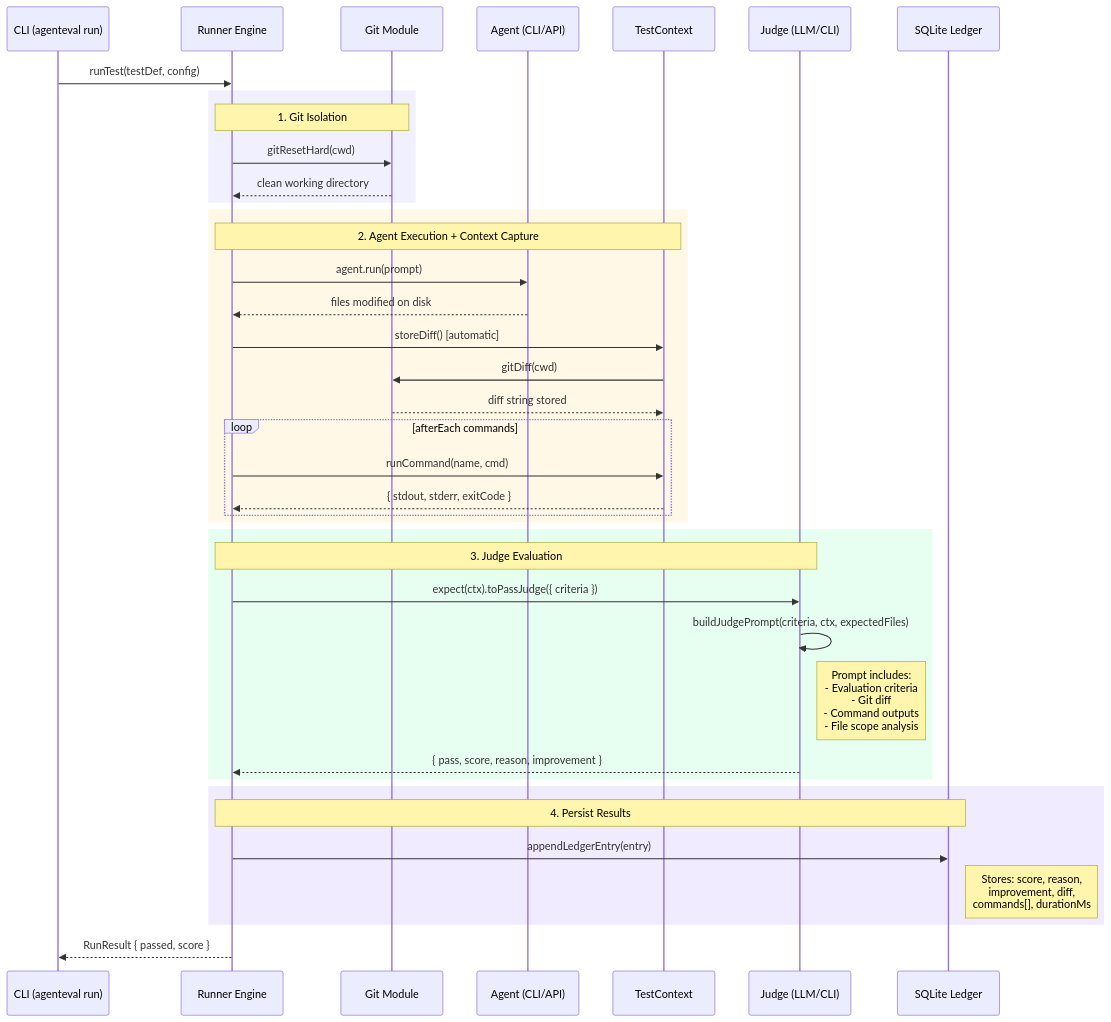
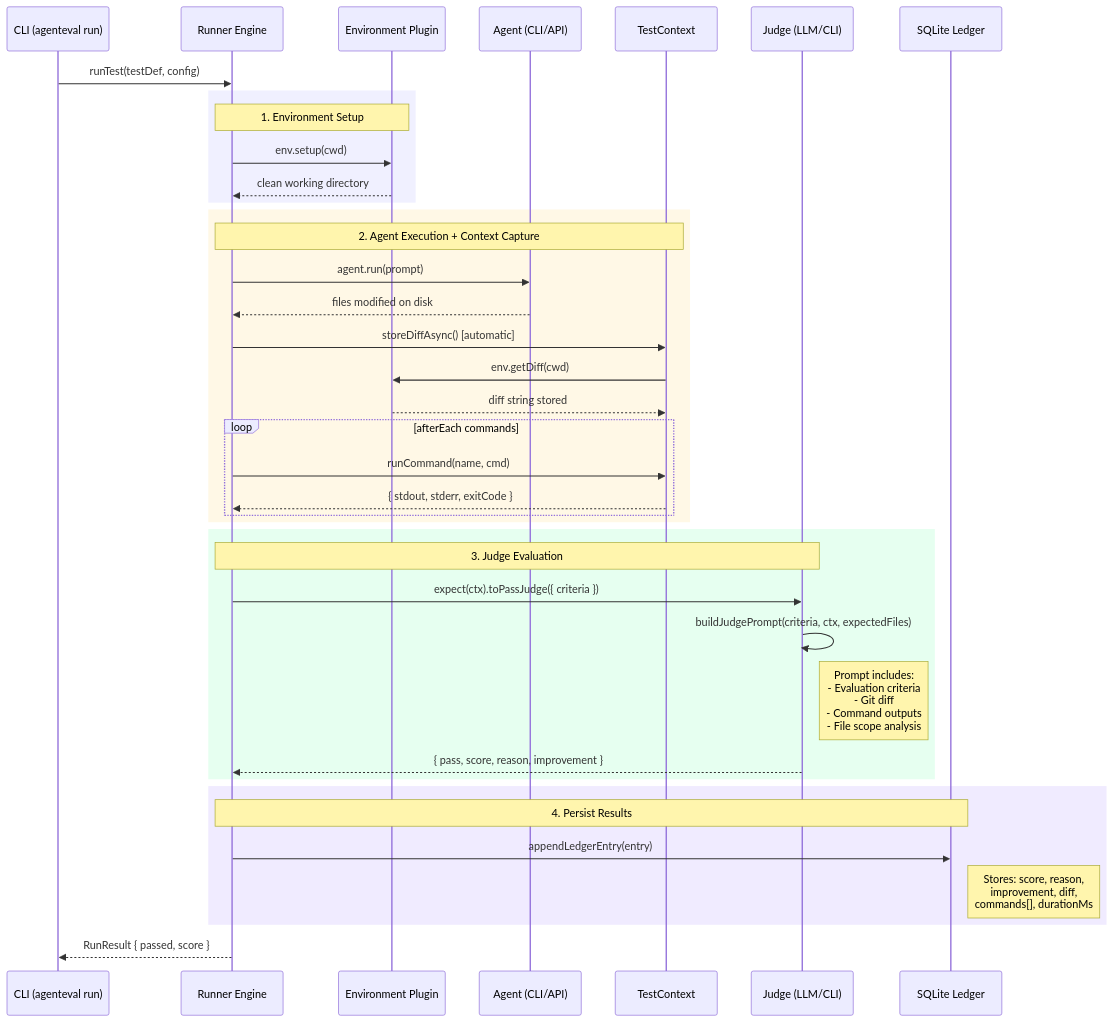
One commit to Tlahey/agent-eval changed the third of 5 diagrams in apps/docs/guide/architecture.md. Above: the diagram before and after it, drawn with Mermaid. The commit also changed other lines of this file and 10 other files, not shown here.

````diff
--- a/apps/docs/guide/architecture.md
+++ b/apps/docs/guide/architecture.md
@@ -157,48 +157,48 @@
 ```mermaid
 sequenceDiagram
     participant CLI as CLI (agenteval run)
     participant Runner as Runner Engine
-    participant Git as Git Module
+    participant Git as Environment Plugin
     participant Agent as Agent (CLI/API)
     participant Ctx as TestContext
     participant Judge as Judge (LLM/CLI)
     participant Ledger as SQLite Ledger
 
     CLI->>Runner: runTest(testDef, config)
 
     rect rgb(240, 240, 255)
-        Note over Runner,Git: 1. Git Isolation
-        Runner->>Git: gitResetHard(cwd)
+        Note over Runner,Git: 1. Environment Setup
+        Runner->>Git: env.setup(cwd)
         Git-->>Runner: clean working directory
     end
 
     rect rgb(255, 248, 230)
         Note over Runner,Ctx: 2. Agent Execution + Context Capture
         Runner->>Agent: agent.run(prompt)
         Agent-->>Runner: files modified on disk
-        Runner->>Ctx: storeDiff() [automatic]
-        Ctx->>Git: gitDiff(cwd)
+        Runner->>Ctx: storeDiffAsync() [automatic]
+        Ctx->>Git: env.getDiff(cwd)
         Git-->>Ctx: diff string stored
 
         loop afterEach commands
             Runner->>Ctx: runCommand(name, cmd)
             Ctx-->>Runner: { stdout, stderr, exitCode }
         end
     end
 
     rect rgb(230, 255, 240)
         Note over Runner,Judge: 3. Judge Evaluation
         Runner->>Judge: expect(ctx).toPassJudge({ criteria })
         Judge->>Judge: buildJudgePrompt(criteria, ctx, expectedFiles)
         Note right of Judge: Prompt includes:<br/>- Evaluation criteria<br/>- Git diff<br/>- Command outputs<br/>- File scope analysis
         Judge-->>Runner: { pass, score, reason, improvement }
     end
 
     rect rgb(240, 235, 255)
         Note over Runner,Ledger: 4. Persist Results
         Runner->>Ledger: appendLedgerEntry(entry)
         Note right of Ledger: Stores: score, reason,<br/>improvement, diff,<br/>commands[], durationMs
     end
 
     Runner-->>CLI: RunResult { passed, score }
 ```
````
